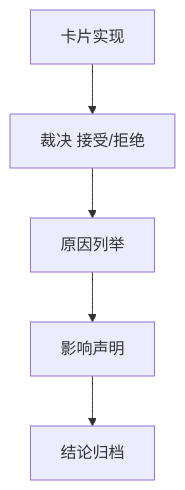
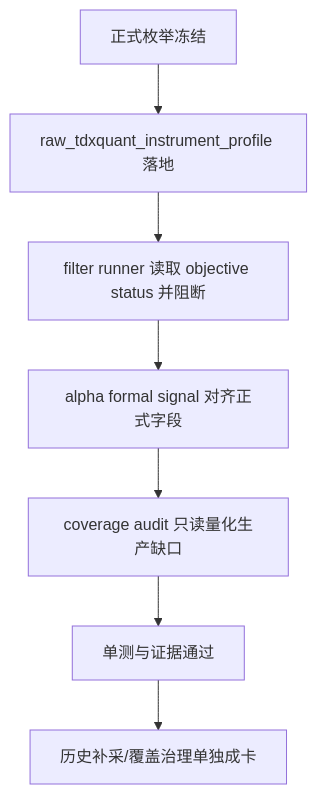
One commit to everything-is-simple/lifespan-0.01 changed the diagram in docs/03-execution/69-filter-objective-tradability-and-universe-gate-freeze-conclusion-20260415.md. Above: the diagram before and after it, drawn with Mermaid. The commit also changed other lines of this file and 25 other files, not shown here.

Commit message:
filter: freeze objective gate and audit coverage

````diff
--- a/docs/03-execution/69-filter-objective-tradability-and-universe-gate-freeze-conclusion-20260415.md
+++ b/docs/03-execution/69-filter-objective-tradability-and-universe-gate-freeze-conclusion-20260415.md
@@ -24,7 +27,9 @@
 ```mermaid
 flowchart TD
-    A[卡片实现] --> B[裁决 接受/拒绝]
-    B --> C[原因列举]
-    C --> D[影响声明]
-    D --> E[结论归档]
+    A["正式枚举冻结"] --> B["raw_tdxquant_instrument_profile 落地"]
+    B --> C["filter runner 读取 objective status 并阻断"]
+    C --> D["alpha formal signal 对齐正式字段"]
+    D --> E["coverage audit 只读量化生产缺口"]
+    E --> F["单测与证据通过"]
+    F --> G["历史补采/覆盖治理单独成卡"]
 ```
````
